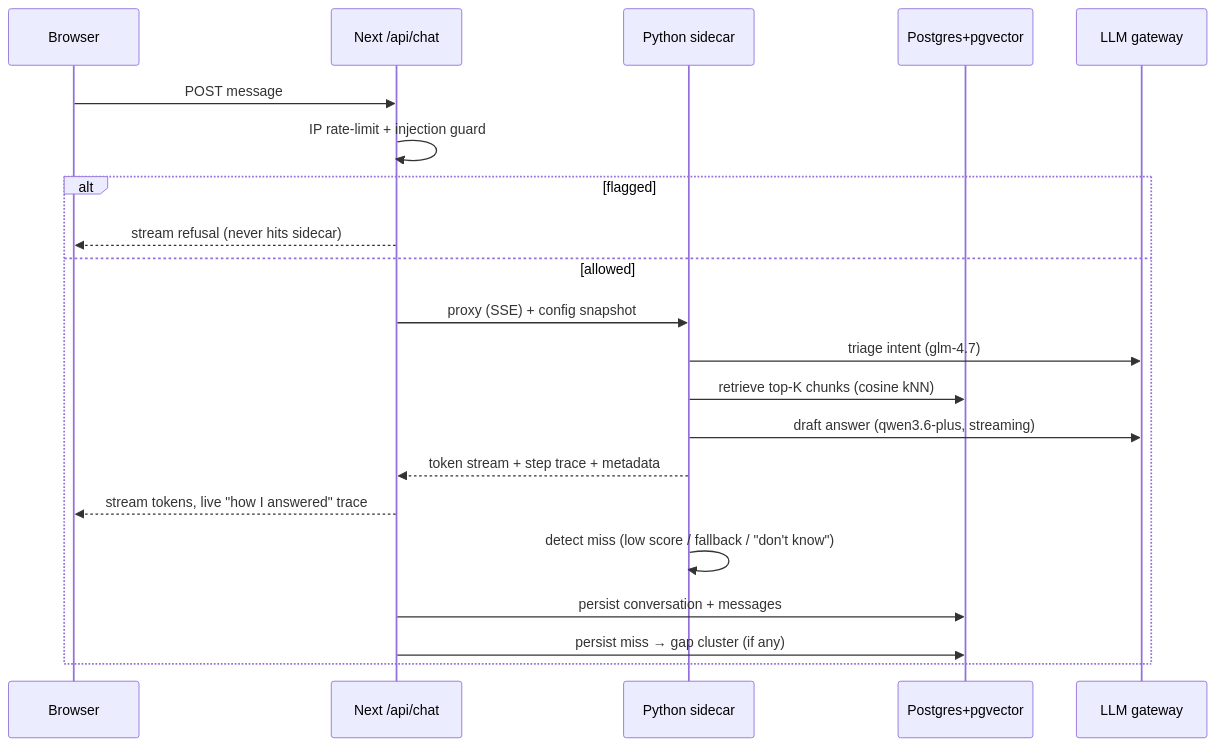
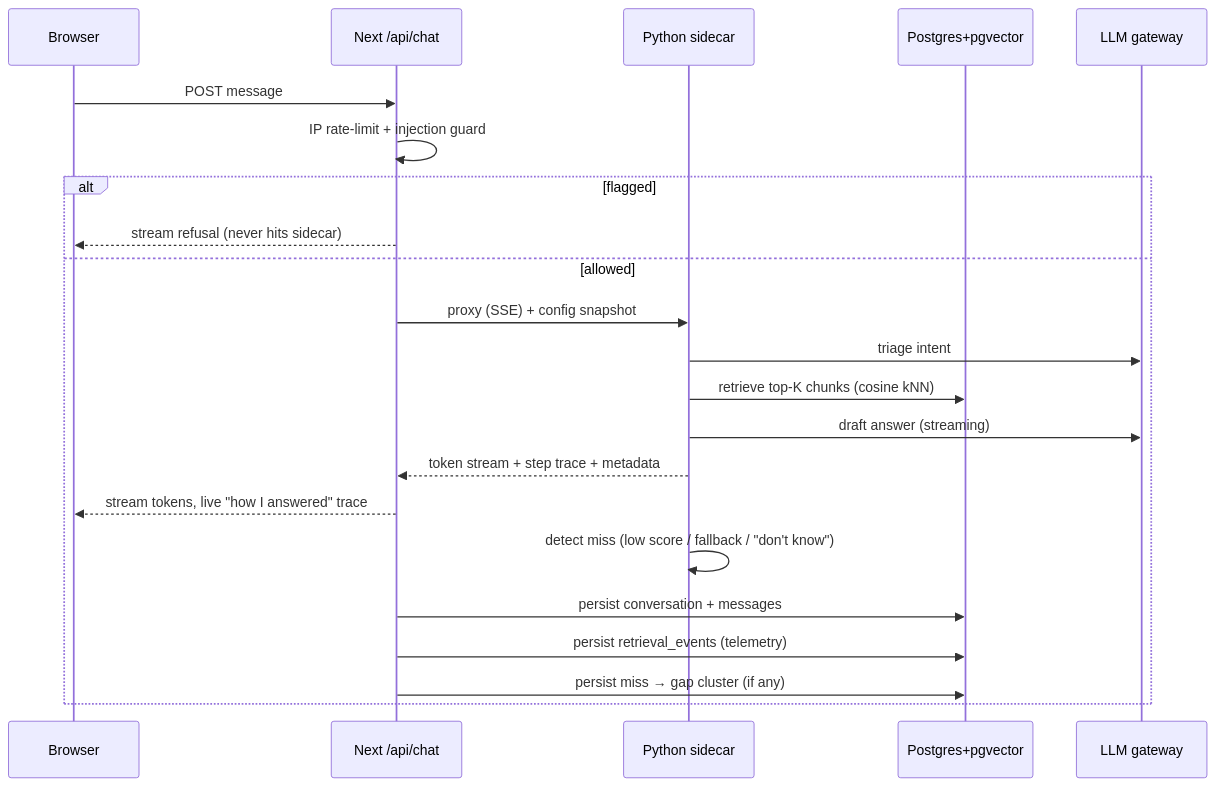
One commit to naingoted/meclaw changed the second of 2 diagrams in README.md. Above: the diagram before and after it, drawn with Mermaid. The commit also changed other lines of this file and 183 other files, not shown here.

````diff
--- a/README.md
+++ b/README.md
@@ -65,24 +71,25 @@
 ```mermaid
 sequenceDiagram
     participant B as Browser
     participant N as Next /api/chat
     participant AI as Python sidecar
     participant PG as Postgres+pgvector
     participant GW as LLM gateway
 
     B->>N: POST message
     N->>N: IP rate-limit + injection guard
     alt flagged
         N-->>B: stream refusal (never hits sidecar)
     else allowed
         N->>AI: proxy (SSE) + config snapshot
-        AI->>GW: triage intent (glm-4.7)
+        AI->>GW: triage intent
         AI->>PG: retrieve top-K chunks (cosine kNN)
-        AI->>GW: draft answer (qwen3.6-plus, streaming)
+        AI->>GW: draft answer (streaming)
         AI-->>N: token stream + step trace + metadata
         N-->>B: stream tokens, live "how I answered" trace
         AI->>AI: detect miss (low score / fallback / "don't know")
         N->>PG: persist conversation + messages
+        N->>PG: persist retrieval_events (telemetry)
         N->>PG: persist miss → gap cluster (if any)
     end
 ```
````
